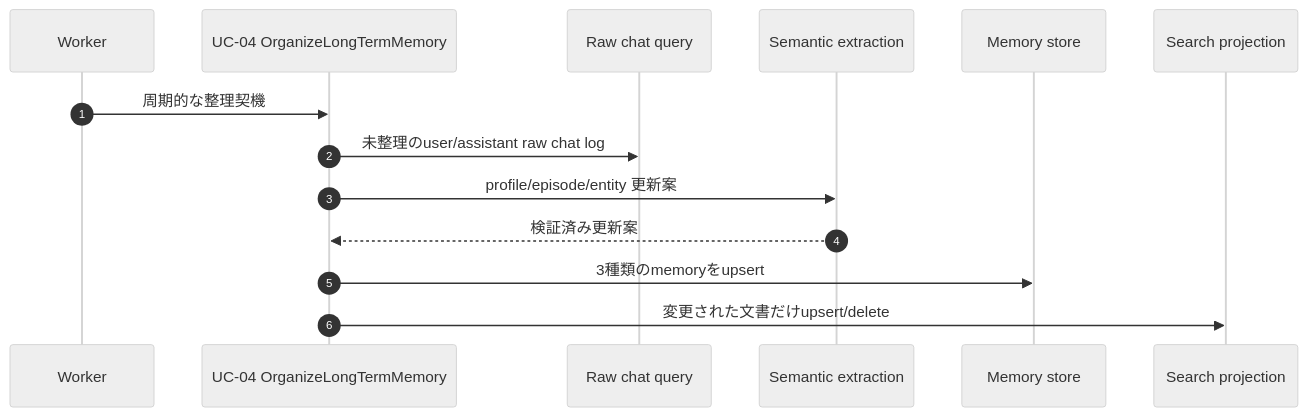
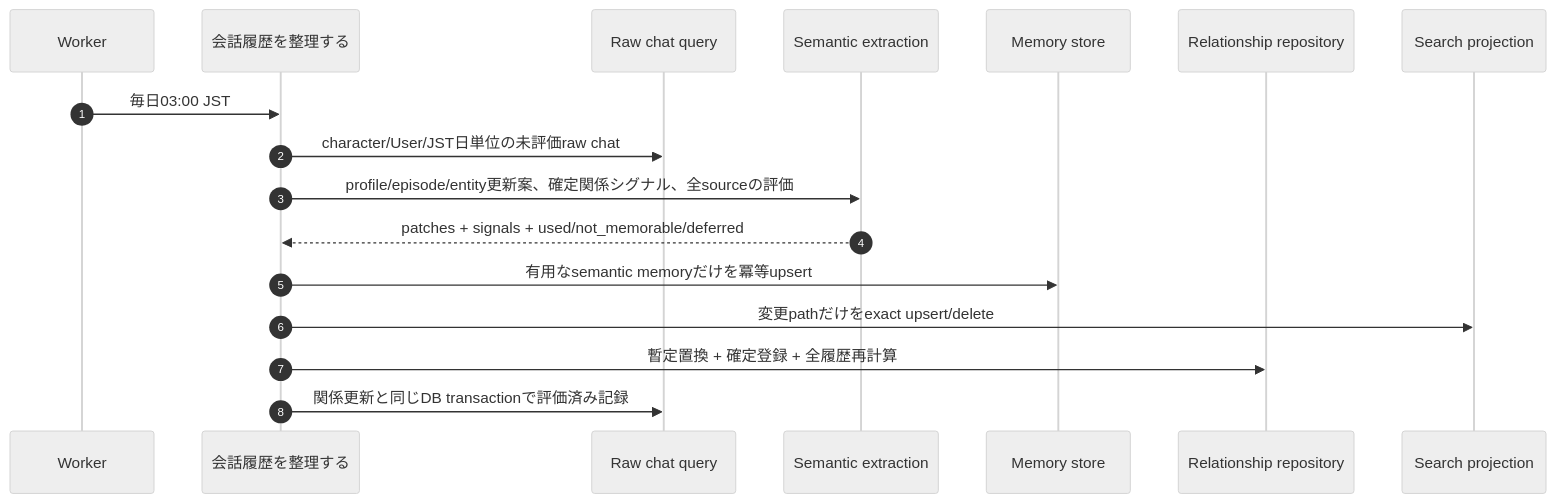
One commit to aiagate/agentic-chat-foundation changed the diagram in docs/infrastructure/memory-write-flow.md. Above: the diagram before and after it, drawn with Mermaid (neutral theme). The commit also changed other lines of this file and 235 other files, not shown here.

````diff
--- a/docs/infrastructure/memory-write-flow.md
+++ b/docs/infrastructure/memory-write-flow.md
@@ -8,17 +13,20 @@
 ```mermaid
 sequenceDiagram
     autonumber
     participant Worker
-    participant UC as UC-04 OrganizeLongTermMemory
+    participant Consolidation as 会話履歴を整理する
     participant Raw as Raw chat query
     participant AI as Semantic extraction
     participant Store as Memory store
+    participant Relationship as Relationship repository
     participant Projection as Search projection
 
-    Worker->>UC: 周期的な整理契機
-    UC->>Raw: 未整理のuser/assistant raw chat log
-    UC->>AI: profile/episode/entity 更新案
-    AI-->>UC: 検証済み更新案
-    UC->>Store: 3種類のmemoryをupsert
-    UC->>Projection: 変更された文書だけupsert/delete
+    Worker->>Consolidation: 毎日03:00 JST
+    Consolidation->>Raw: character/User/JST日単位の未評価raw chat
+    Consolidation->>AI: profile/episode/entity更新案、確定関係シグナル、全sourceの評価
+    AI-->>Consolidation: patches + signals + used/not_memorable/deferred
+    Consolidation->>Store: 有用なsemantic memoryだけを冪等upsert
+    Consolidation->>Projection: 変更pathだけをexact upsert/delete
+    Consolidation->>Relationship: 暫定置換 + 確定登録 + 全履歴再計算
+    Consolidation->>Raw: 関係更新と同じDB transactionで評価済み記録
 ```
````
